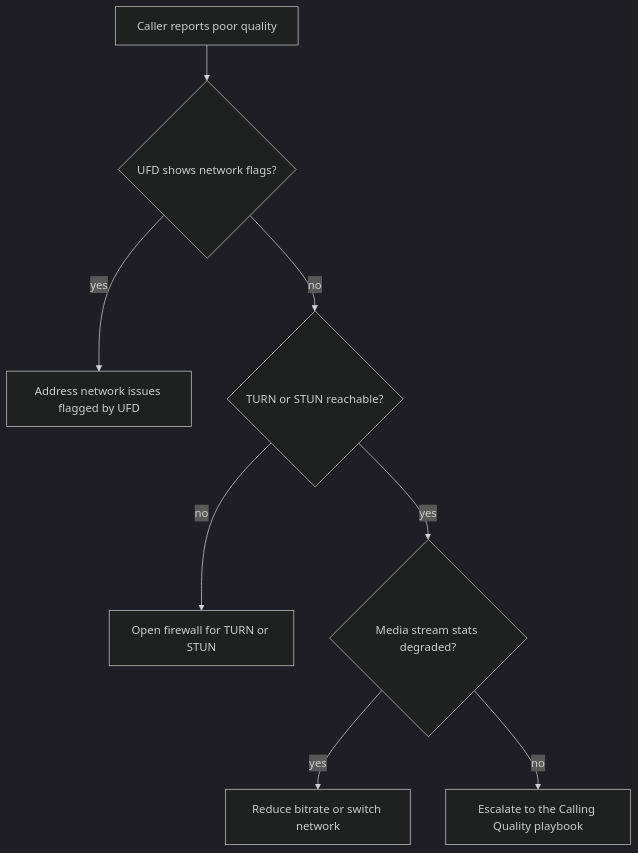
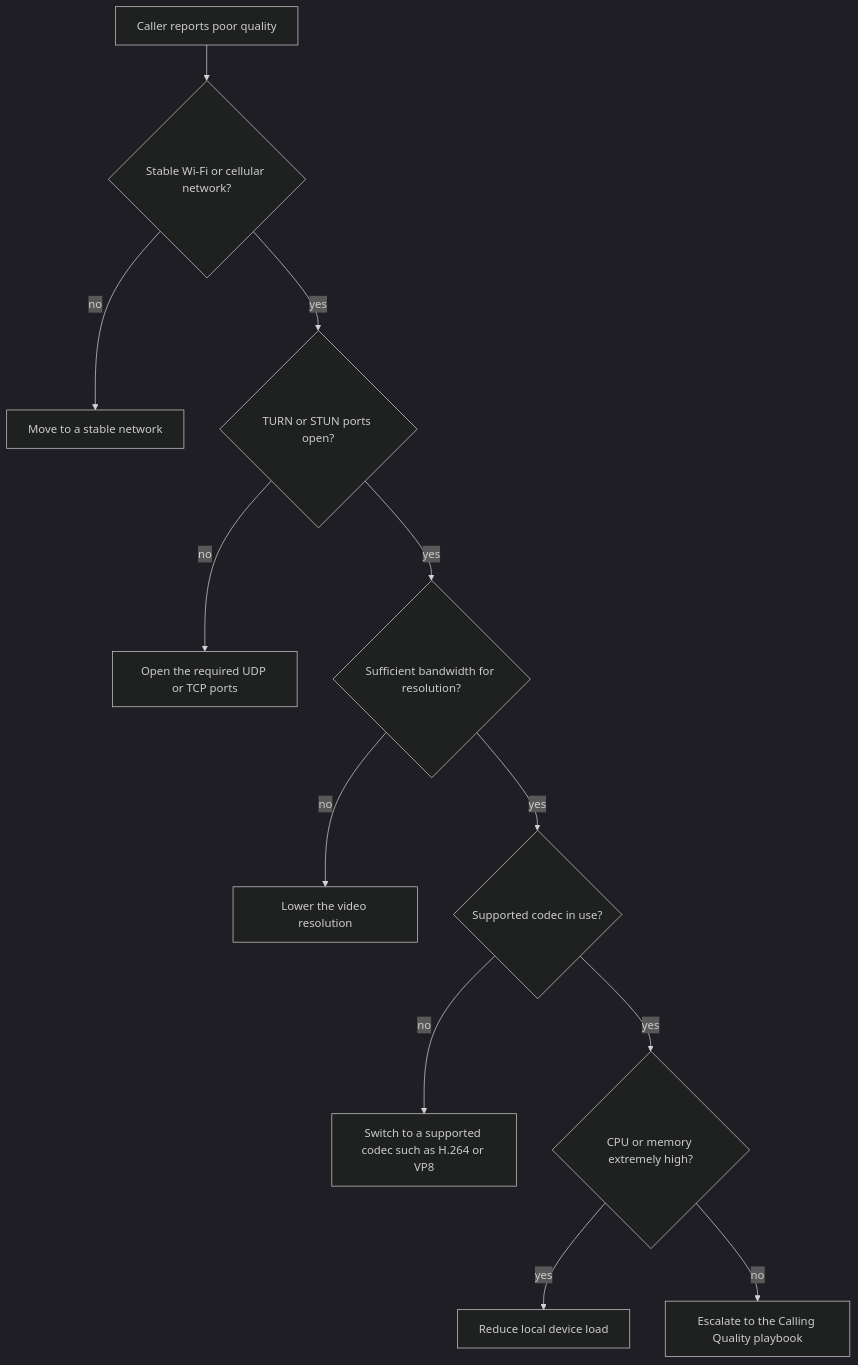
Before and after one commit to yeongseon/azure-communication-services-practical-guide: the diagram in docs/troubleshooting/first-10-minutes/calling-quality.md, drawn with Mermaid (dark theme). The commit also changed 5 other files, not shown here.

Commit message:
fix: repair decision-node syntax and make F10M diagrams faithful to checklists

````diff
--- a/docs/troubleshooting/first-10-minutes/calling-quality.md
+++ b/docs/troubleshooting/first-10-minutes/calling-quality.md
@@ -38,10 +38,14 @@
 ```mermaid
 flowchart TD
-    S["Caller reports poor quality"] --> C1{"UFD shows network flags?"}
-    C1 -- yes --> A1["Address network issues flagged by UFD"]
-    C1 -- no --> C2{"TURN or STUN reachable?"}
-    C2 -- no --> A2["Open firewall for TURN or STUN"]
-    C2 -- yes --> C3{"Media stream stats degraded?"}
-    C3 -- yes --> A3["Reduce bitrate or switch network"]
-    C3 -- no --> ESC["Escalate to the Calling Quality playbook"]
+    S["Caller reports poor quality"] --> C1{"Stable Wi-Fi or cellular network?"}
+    C1 -- no --> A1["Move to a stable network"]
+    C1 -- yes --> C2{"TURN or STUN ports open?"}
+    C2 -- no --> A2["Open the required UDP or TCP ports"]
+    C2 -- yes --> C3{"Sufficient bandwidth for resolution?"}
+    C3 -- no --> A3["Lower the video resolution"]
+    C3 -- yes --> C4{"Supported codec in use?"}
+    C4 -- no --> A4["Switch to a supported codec such as H.264 or VP8"]
+    C4 -- yes --> C5{"CPU or memory extremely high?"}
+    C5 -- yes --> A5["Reduce local device load"]
+    C5 -- no --> ESC["Escalate to the Calling Quality playbook"]
 ```
````
